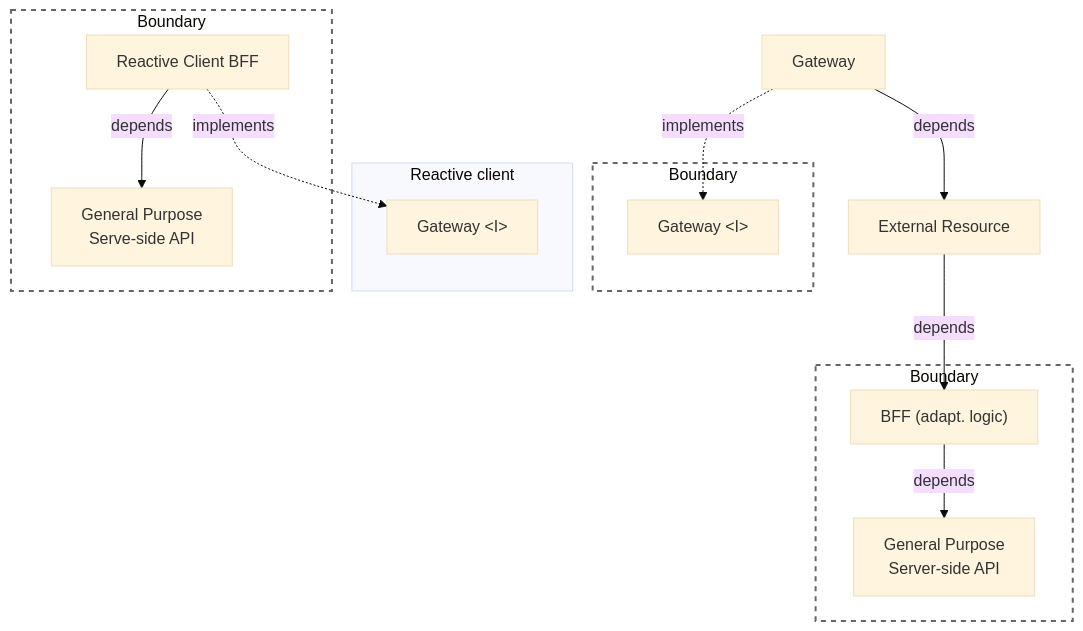
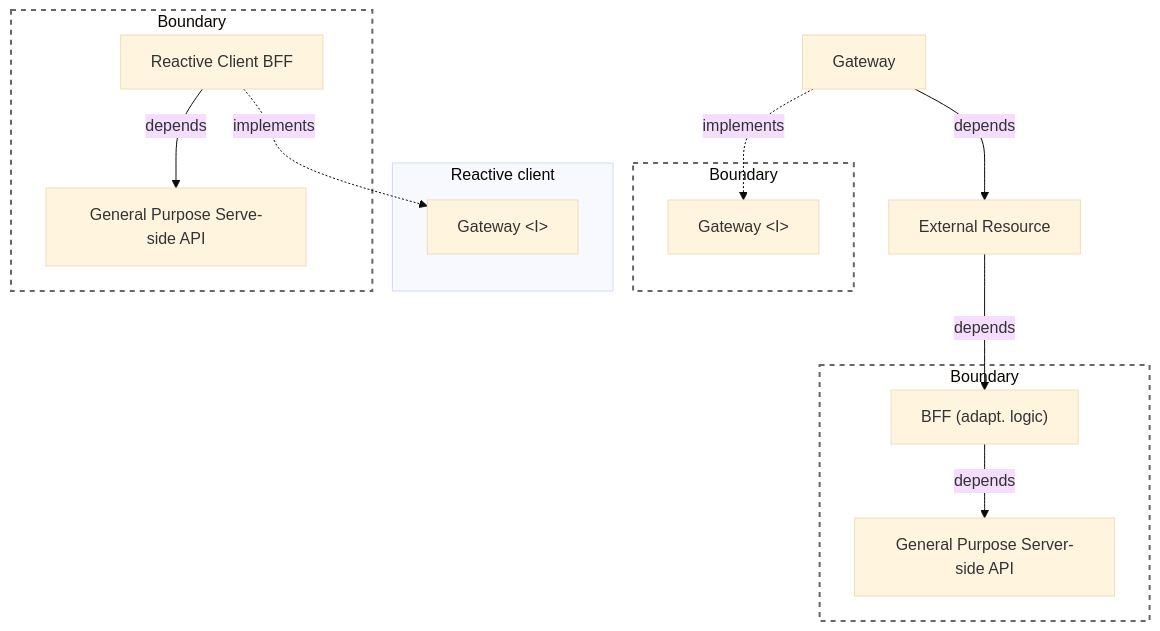
Diagram 16 of 16 in docs/architecture.md (clean-reactive/documentation), drawn with Mermaid (base theme) before and after one commit. The commit also changed other lines of this file, not shown here.

Commit message:
Architecture: fix mermaid <>

````diff
--- a/docs/architecture.md
+++ b/docs/architecture.md
@@ -1030,37 +1030,37 @@
 ```mermaid
 
 graph TD
 
 subgraph B1["Boundary"]
     GI["Gateway &lt;I&gt;"]
 end
     G["Gateway"]
     ER["External Resource"]
 
 subgraph B2["Boundary"]
     BFF["BFF (adapt. logic)"]
-    GAPI["General Purpose<br>Server-side API"]
+    GAPI["General Purpose Server-side API"]
 end
 
     G -. implements .-> GI
     G -- depends --> ER
     ER -- depends --> BFF
     BFF -- depends --> GAPI
 
 %% high-level relations
 subgraph RCC["Reactive client"]
     CGI["Gateway &lt;I&gt;"]
 end
 
 subgraph B3["Boundary"]
     CBFF["Reactive Client BFF"]
-    CGAPI["General Purpose<br>Serve-side API"]
+    CGAPI["General Purpose Serve-side API"]
 end
 
     CBFF -. implements .-> CGI
     CBFF -- depends --> CGAPI
 
 classDef boundary fill:none,stroke:#666,stroke-width:2px,stroke-dasharray: 5 5;
 class B1,B2,B3 boundary;
 
 ```
````
